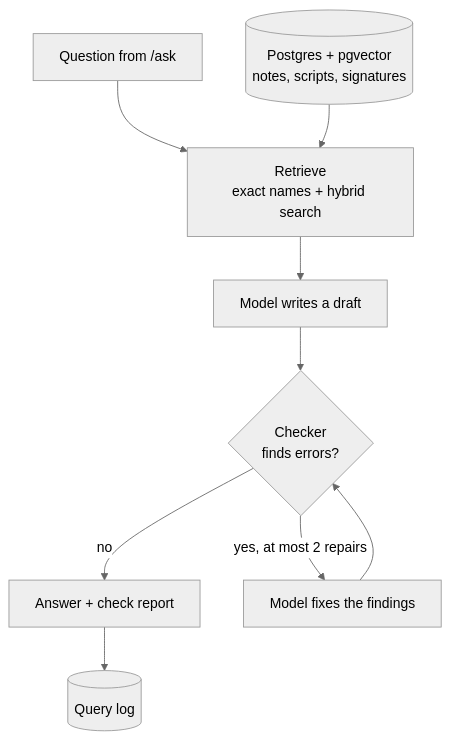
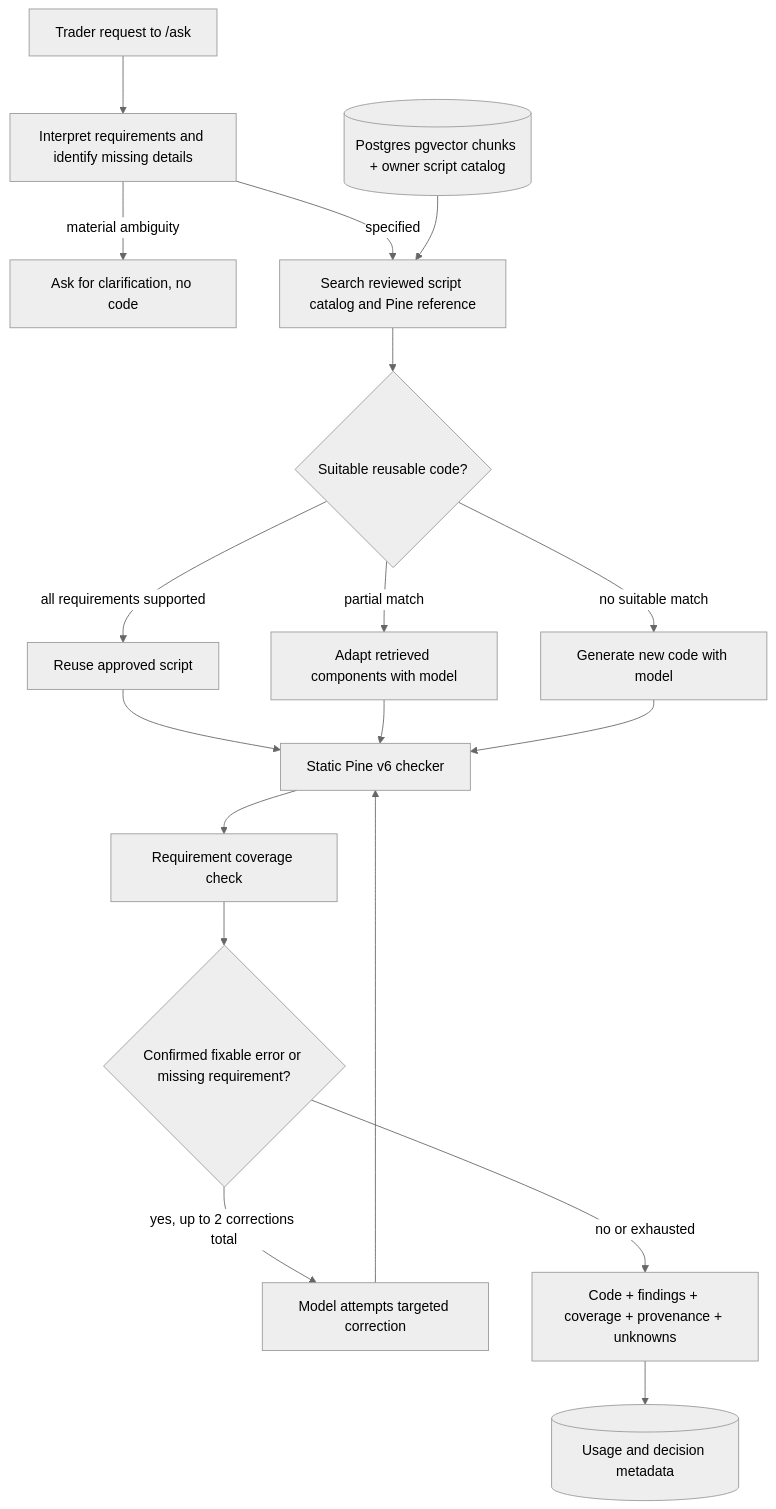
The first of 2 diagrams in BLUEPRINT.md (VaibhavYDev/Pine-V6-Copilot), drawn with Mermaid (neutral theme) before and after one commit. The commit also changed other lines of this file and 1 other file, not shown here.

Commit message:
Update blueprint for retrieval-first Pine copilot

````diff
--- a/BLUEPRINT.md
+++ b/BLUEPRINT.md
@@ -151,11 +163,20 @@
 ```mermaid
 flowchart TD
-    Q[Question from /ask] --> R[Retrieve<br/>exact names + hybrid search]
-    KB[(Postgres + pgvector<br/>notes, scripts, signatures)] --> R
-    R --> G[Model writes a draft]
-    G --> C{Checker<br/>finds errors?}
-    C -->|no| A[Answer + check report]
-    C -->|yes, at most 2 repairs| F[Model fixes the findings]
+    Q[Trader request to /ask] --> I[Interpret requirements and identify missing details]
+    I -->|material ambiguity| CL[Ask for clarification, no code]
+    I -->|specified| R[Search reviewed script catalog and Pine reference]
+    KB[(Postgres pgvector chunks + owner script catalog)] --> R
+    R --> D{Suitable reusable code?}
+    D -->|all requirements supported| U[Reuse approved script]
+    D -->|partial match| AD[Adapt retrieved components with model]
+    D -->|no suitable match| G[Generate new code with model]
+    U --> C[Static Pine v6 checker]
+    AD --> C
+    G --> C
+    C --> V[Requirement coverage check]
+    V --> E{Confirmed fixable error or missing requirement?}
+    E -->|yes, up to 2 corrections total| F[Model attempts targeted correction]
     F --> C
-    A --> L[(Query log)]
+    E -->|no or exhausted| A[Code + findings + coverage + provenance + unknowns]
+    A --> L[(Usage and decision metadata)]
 ```
````
